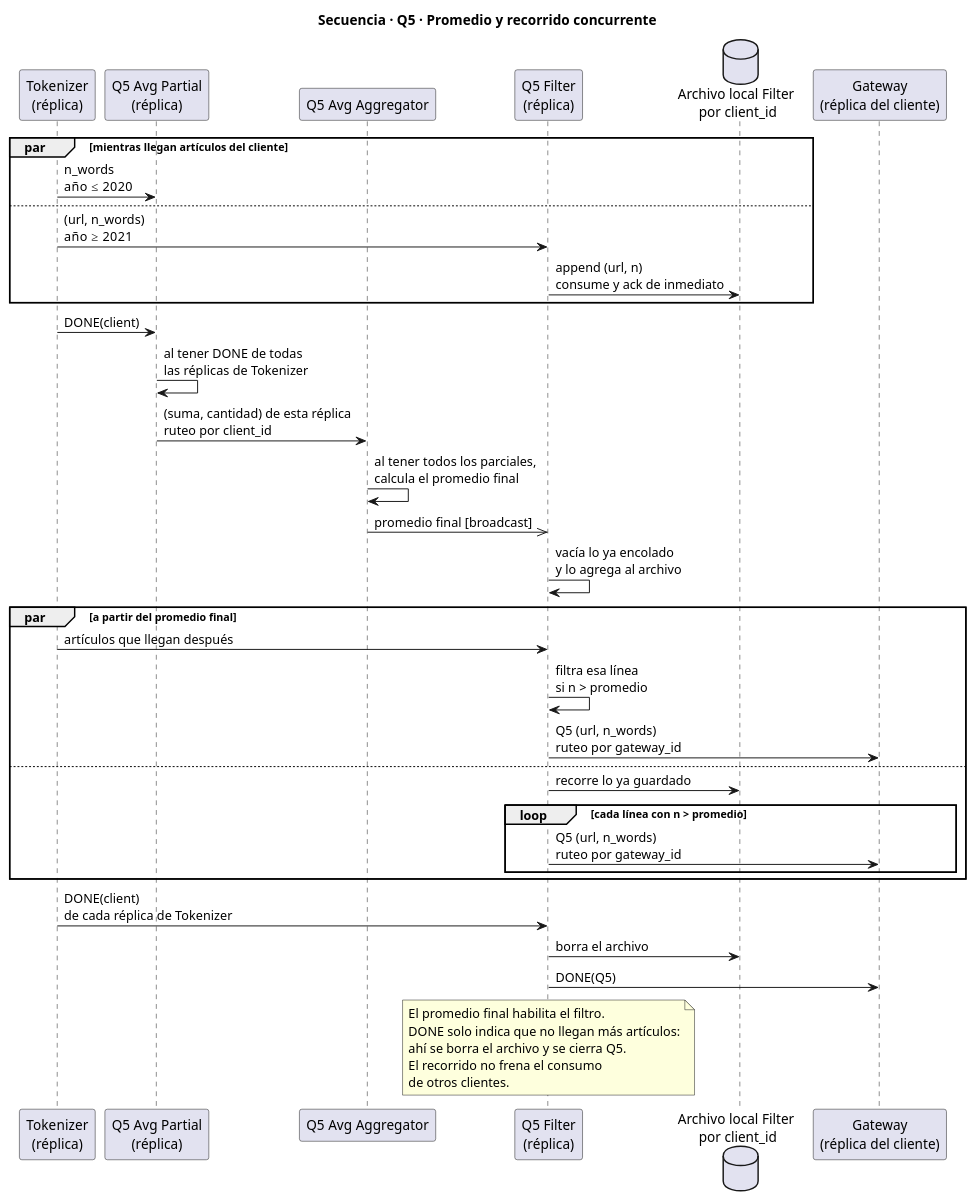
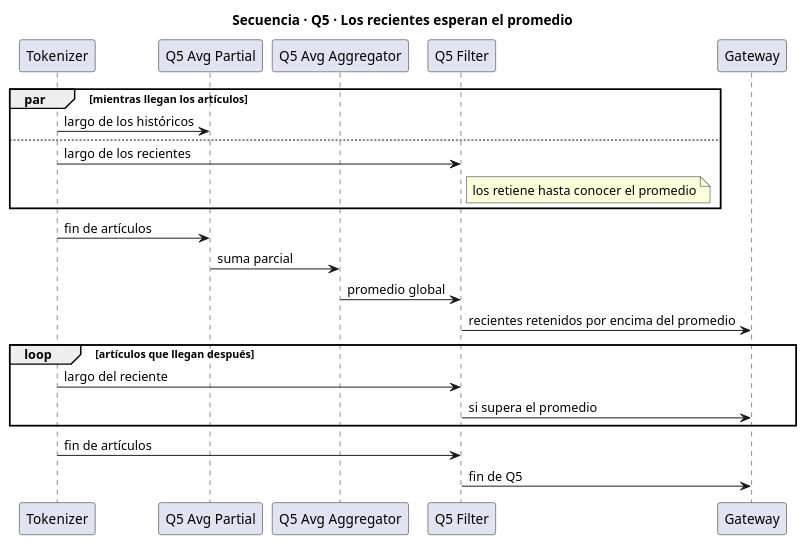
The diagram in Diagramas/secuencia/secuencia q5-promedio.puml (NicoPodesta/trabajo-final-distribuidos), drawn with PlantUML before and after one commit. The commit also changed 7 other files, not shown here.

```diff
--- a/Diagramas/secuencia/secuencia q5-promedio.puml
+++ b/Diagramas/secuencia/secuencia q5-promedio.puml
@@ -1,49 +1,30 @@
 @startuml q5-promedio
-title Secuencia · Q5 · Promedio y recorrido concurrente
+title Secuencia · Q5 · Los recientes esperan el promedio
 
-participant "Tokenizer\n(réplica)" as T
-participant "Q5 Avg Partial\n(réplica)" as A
+participant "Tokenizer" as T
+participant "Q5 Avg Partial" as A
 participant "Q5 Avg Aggregator" as G
-participant "Q5 Filter\n(réplica)" as F
-database "Archivo local Filter \npor client_id" as D
-participant "Gateway\n(réplica del cliente)" as GW
+participant "Q5 Filter" as F
+participant "Gateway" as GW
 
-par mientras llegan artículos del cliente
-    T -> A : n_words\naño ≤ 2020
+par mientras llegan los artículos
+    T -> A : largo de los históricos
 else
-    T -> F : (url, n_words)\naño ≥ 2021
-    F -> D : append (url, n)\nconsume y ack de inmediato
+    T -> F : largo de los recientes
+    note right of F : los retiene hasta conocer el promedio
 end
 
-T -> A : DONE(client)
-A -> A : al tener DONE de todas\nlas réplicas de Tokenizer
-A -> G : (suma, cantidad) de esta réplica\nruteo por client_id
-G -> G : al tener todos los parciales,\ncalcula el promedio final
-G ->> F : promedio final [broadcast]
+T -> A : fin de artículos
+A -> G : suma parcial
+G -> F : promedio global
 
-F -> F : vacía lo ya encolado\ny lo agrega al archivo
+F -> GW : recientes retenidos por encima del promedio
 
-par a partir del promedio final
-    T -> F : artículos que llegan después
-    F -> F : filtra esa línea\nsi n > promedio
-    F -> GW : Q5 (url, n_words)\nruteo por gateway_id
-else
-    F -> D : recorre lo ya guardado
-    loop cada línea con n > promedio
-        F -> GW : Q5 (url, n_words)\nruteo por gateway_id
-    end
+loop artículos que llegan después
+    T -> F : largo del reciente
+    F -> GW : si supera el promedio
 end
 
-T -> F : DONE(client)\nde cada réplica de Tokenizer
-F -> D : borra el archivo
-F -> GW : DONE(Q5)
-
-note over F
-  El promedio final habilita el filtro.
-  DONE solo indica que no llegan más artículos:
-  ahí se borra el archivo y se cierra Q5.
-  El recorrido no frena el consumo
-  de otros clientes.
-end note
-
+T -> F : fin de artículos
+F -> GW : fin de Q5
 @enduml
```
